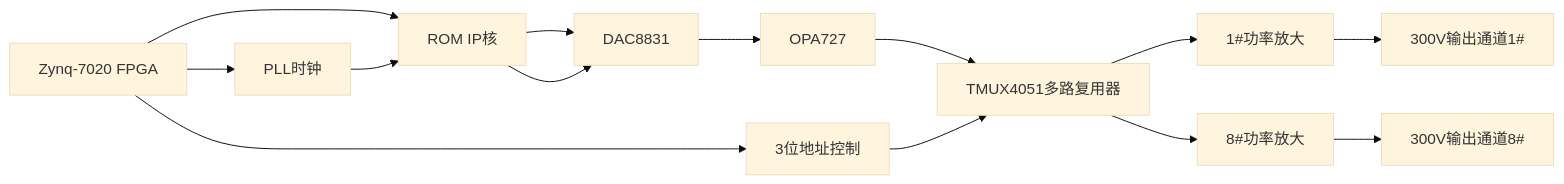
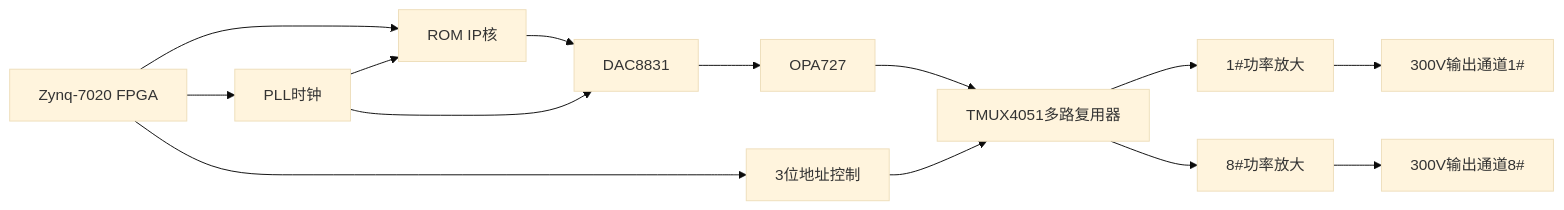
Before and after one commit to Rukawa15/iodraw-files: the diagram in all/信号发生.md, drawn with Mermaid (base theme).

Commit message:
2025-06-18 18:53:16 update

````diff
--- a/all/信号发生.md
+++ b/all/信号发生.md
@@ -1,11 +1,11 @@
 ```mermaid
 graph LR
 A[Zynq-7020 FPGA] --> B[ROM IP核] 
 A --> C[PLL时钟] --> B
-B --> D[DAC8831] 
+C --> D[DAC8831] 
 B --> D[DAC8831] 
 D --> E[OPA727] --> F[TMUX4051多路复用器]
 F --> H[1#功率放大] --> I[300V输出通道1#]
 F --> J[8#功率放大] --> K[300V输出通道8#]
 A --> G[3位地址控制] --> F
 ```
````
